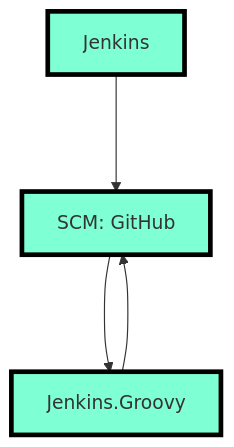
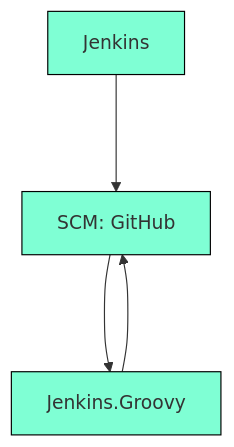
Before and after one commit to Lifailon/Deploy-PS-Module: the second of 2 diagrams in README.md, drawn with Mermaid.

Commit message:
test state

````diff
--- a/README.md
+++ b/README.md
@@ -15,10 +15,10 @@
 ```mermaid
 flowchart TD
-    classDef class1 fill:#7FFFD4, stroke:#000, stroke-width:4px
-    A[Jenkins]:::class1
-    B[SCM: GitHub]:::class1
-    C[Jenkins.Groovy]:::class1
+    classDef class_color fill:#7FFFD4, stroke:#000, stroke-width:1px
+    A[Jenkins]:::class_color
+    B[SCM: GitHub]:::class_color
+    C[Jenkins.Groovy]:::class_color
     A--->B
     B--->C
     C--->B
 ```
````
